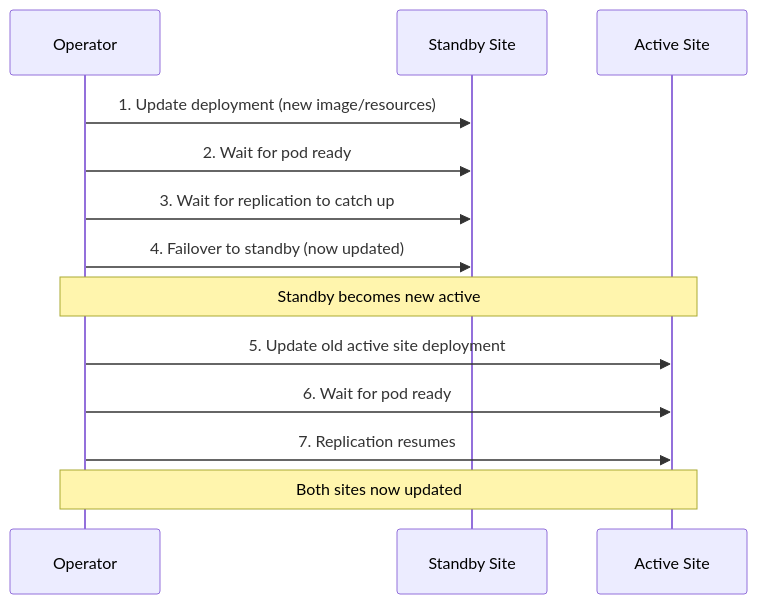
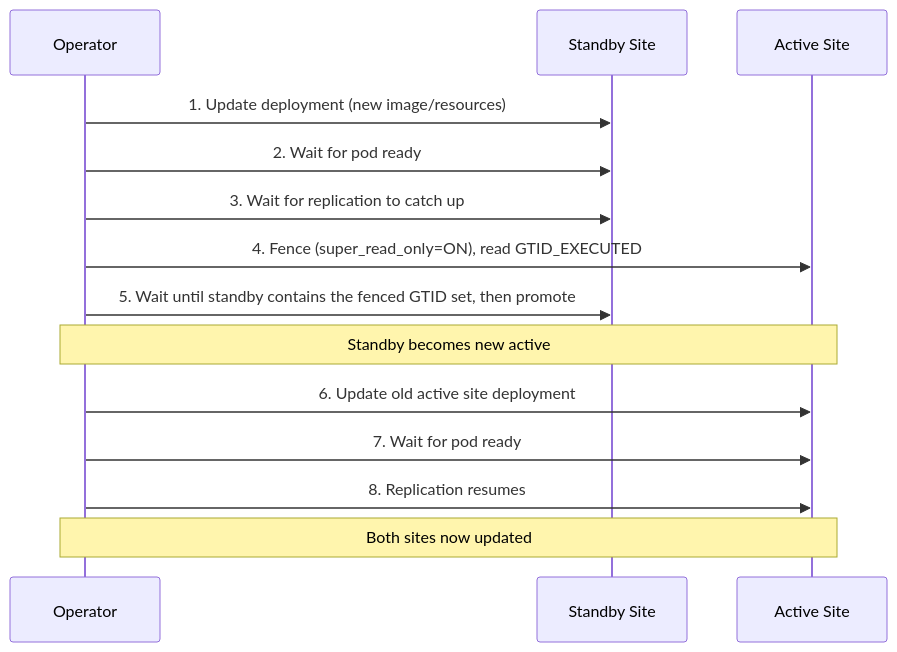
The second of 2 diagrams in site/content/docs/6.operations/6.failover.md (ShipStream/bloodraven), drawn with Mermaid before and after one commit. The commit also changed other lines of this file and 23 other files, not shown here.

````diff
--- a/site/content/docs/6.operations/6.failover.md
+++ b/site/content/docs/6.operations/6.failover.md
@@ -343,16 +343,17 @@
 ```mermaid
 sequenceDiagram
     participant Op as Operator
     participant Standby as Standby Site
     participant Active as Active Site
 
     Op->>Standby: 1. Update deployment (new image/resources)
     Op->>Standby: 2. Wait for pod ready
     Op->>Standby: 3. Wait for replication to catch up
-    Op->>Standby: 4. Failover to standby (now updated)
+    Op->>Active: 4. Fence (super_read_only=ON), read GTID_EXECUTED
+    Op->>Standby: 5. Wait until standby contains the fenced GTID set, then promote
     Note over Op,Active: Standby becomes new active
-    Op->>Active: 5. Update old active site deployment
-    Op->>Active: 6. Wait for pod ready
-    Op->>Active: 7. Replication resumes
+    Op->>Active: 6. Update old active site deployment
+    Op->>Active: 7. Wait for pod ready
+    Op->>Active: 8. Replication resumes
     Note over Op,Active: Both sites now updated
 ```
````
